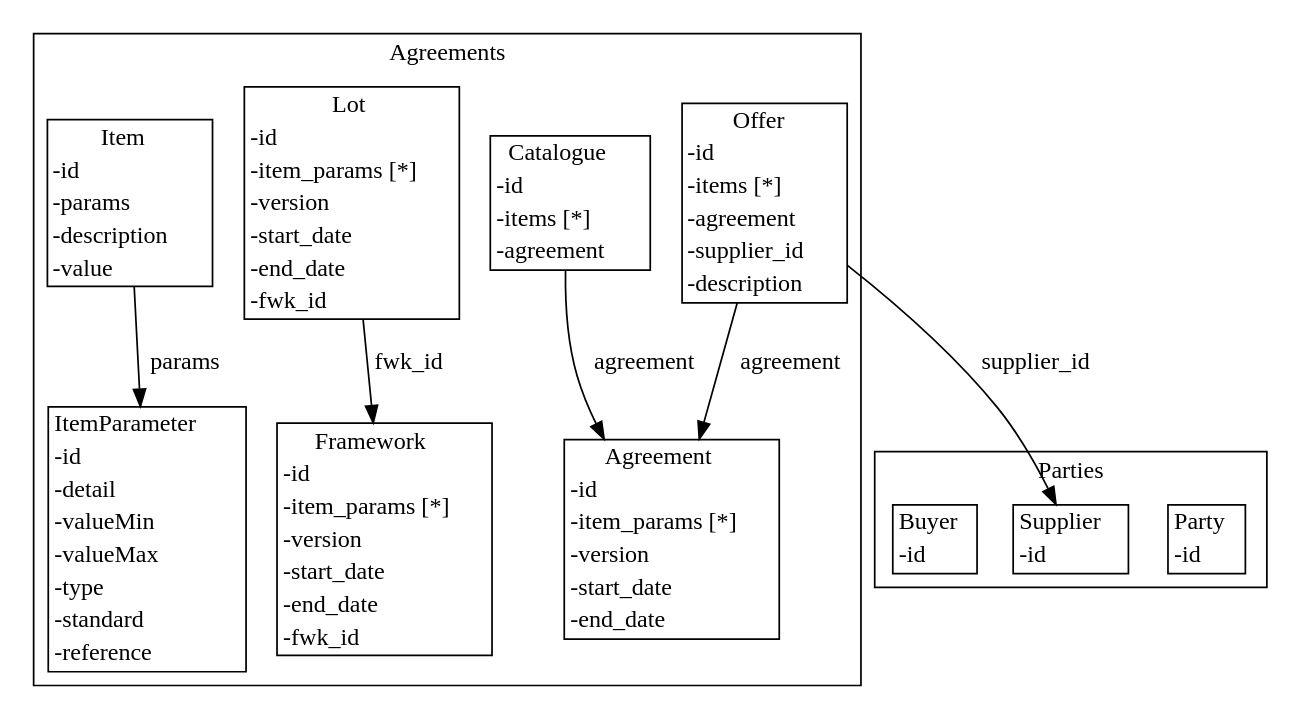
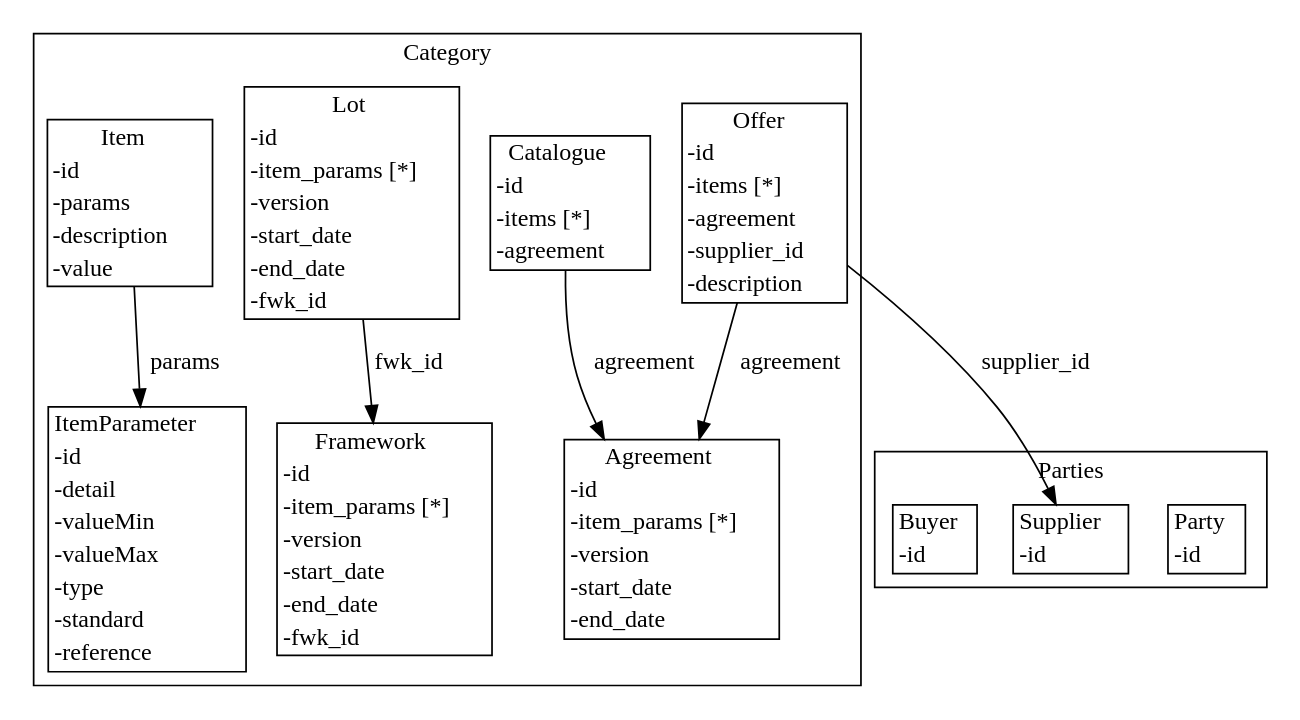
Before and after one commit to Crown-Commercial-Service/cmp-design-prototype: the diagram in agreement-design/gen/diagrams/data_model.dot, drawn with Graphviz. The commit also changed 5 other files, not shown here.

```diff
--- a/agreement-design/gen/diagrams/data_model.dot
+++ b/agreement-design/gen/diagrams/data_model.dot
@@ -1,25 +1,25 @@
 strict digraph {
-subgraph cluster_Agreements {
+subgraph cluster_Category {
 node [shape=plaintext margin=0];
-label=Agreements;
+label=Category;
 "ItemParameter" [label=<<table BORDER="1" CELLBORDER="0" CELLSPACING="0"><TH><TD>ItemParameter</TD></TH><TR><TD ALIGN="LEFT">-id </TD></TR><TR><TD ALIGN="LEFT">-detail </TD></TR><TR><TD ALIGN="LEFT">-valueMin </TD></TR><TR><TD ALIGN="LEFT">-valueMax </TD></TR><TR><TD ALIGN="LEFT">-type </TD></TR><TR><TD ALIGN="LEFT">-standard </TD></TR><TR><TD ALIGN="LEFT">-reference </TD></TR></table>>];
 "Agreement" [label=<<table BORDER="1" CELLBORDER="0" CELLSPACING="0"><TH><TD>Agreement</TD></TH><TR><TD ALIGN="LEFT">-id </TD></TR><TR><TD ALIGN="LEFT">-item_params [*]</TD></TR><TR><TD ALIGN="LEFT">-version </TD></TR><TR><TD ALIGN="LEFT">-start_date </TD></TR><TR><TD ALIGN="LEFT">-end_date </TD></TR></table>>];
 "Framework" [label=<<table BORDER="1" CELLBORDER="0" CELLSPACING="0"><TH><TD>Framework</TD></TH><TR><TD ALIGN="LEFT">-id </TD></TR><TR><TD ALIGN="LEFT">-item_params [*]</TD></TR><TR><TD ALIGN="LEFT">-version </TD></TR><TR><TD ALIGN="LEFT">-start_date </TD></TR><TR><TD ALIGN="LEFT">-end_date </TD></TR><TR><TD ALIGN="LEFT">-fwk_id </TD></TR></table>>];
 "Lot" [label=<<table BORDER="1" CELLBORDER="0" CELLSPACING="0"><TH><TD>Lot</TD></TH><TR><TD ALIGN="LEFT">-id </TD></TR><TR><TD ALIGN="LEFT">-item_params [*]</TD></TR><TR><TD ALIGN="LEFT">-version </TD></TR><TR><TD ALIGN="LEFT">-start_date </TD></TR><TR><TD ALIGN="LEFT">-end_date </TD></TR><TR><TD ALIGN="LEFT">-fwk_id </TD></TR></table>>];
 "Item" [label=<<table BORDER="1" CELLBORDER="0" CELLSPACING="0"><TH><TD>Item</TD></TH><TR><TD ALIGN="LEFT">-id </TD></TR><TR><TD ALIGN="LEFT">-params </TD></TR><TR><TD ALIGN="LEFT">-description </TD></TR><TR><TD ALIGN="LEFT">-value </TD></TR></table>>];
 "Catalogue" [label=<<table BORDER="1" CELLBORDER="0" CELLSPACING="0"><TH><TD>Catalogue</TD></TH><TR><TD ALIGN="LEFT">-id </TD></TR><TR><TD ALIGN="LEFT">-items [*]</TD></TR><TR><TD ALIGN="LEFT">-agreement </TD></TR></table>>];
 "Offer" [label=<<table BORDER="1" CELLBORDER="0" CELLSPACING="0"><TH><TD>Offer</TD></TH><TR><TD ALIGN="LEFT">-id </TD></TR><TR><TD ALIGN="LEFT">-items [*]</TD></TR><TR><TD ALIGN="LEFT">-agreement </TD></TR><TR><TD ALIGN="LEFT">-supplier_id </TD></TR><TR><TD ALIGN="LEFT">-description </TD></TR></table>>];
 }
 subgraph cluster_Parties {
 node [shape=plaintext margin=0];
 label=Parties;
 "Party" [label=<<table BORDER="1" CELLBORDER="0" CELLSPACING="0"><TH><TD>Party</TD></TH><TR><TD ALIGN="LEFT">-id </TD></TR></table>>];
 "Supplier" [label=<<table BORDER="1" CELLBORDER="0" CELLSPACING="0"><TH><TD>Supplier</TD></TH><TR><TD ALIGN="LEFT">-id </TD></TR></table>>];
 "Buyer" [label=<<table BORDER="1" CELLBORDER="0" CELLSPACING="0"><TH><TD>Buyer</TD></TH><TR><TD ALIGN="LEFT">-id </TD></TR></table>>];
 }
 "Lot" -> "Framework" [label=fwk_id];
 "Item" -> "ItemParameter" [label=params];
 "Catalogue" -> "Agreement" [label=agreement];
 "Offer" -> "Agreement" [label=agreement];
 "Offer" -> "Supplier" [label=supplier_id];
 }
```
